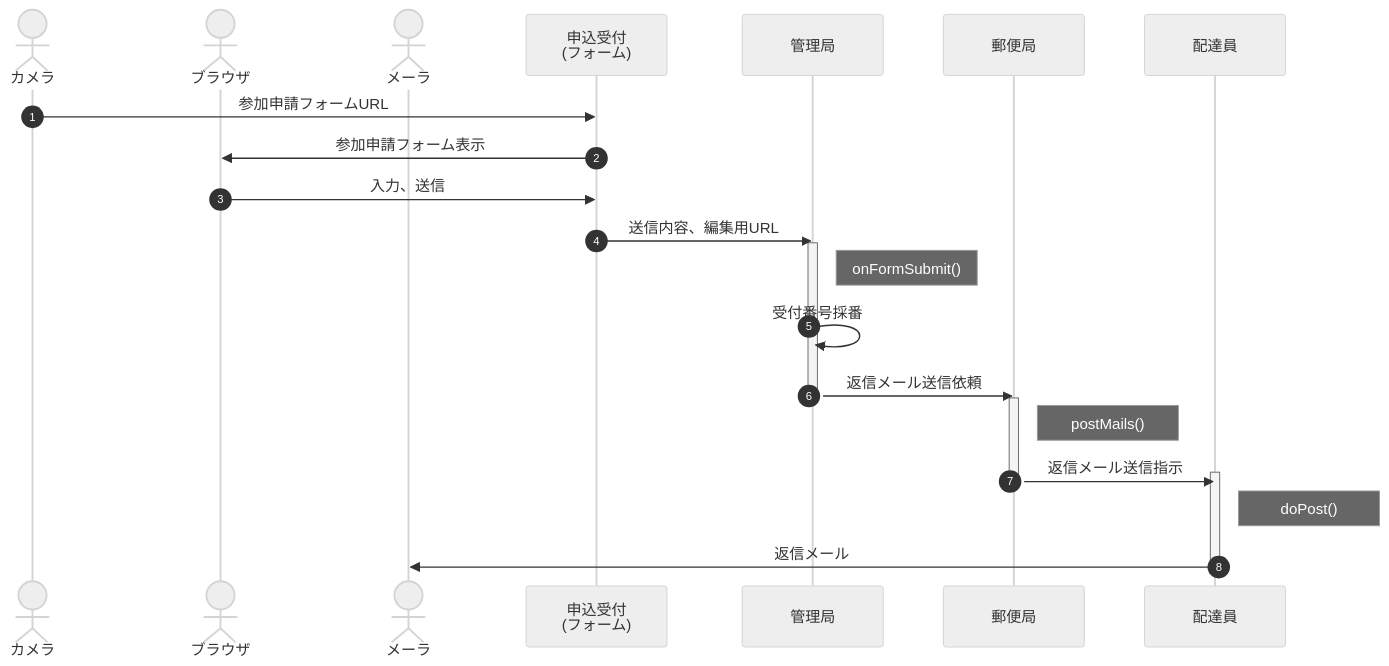
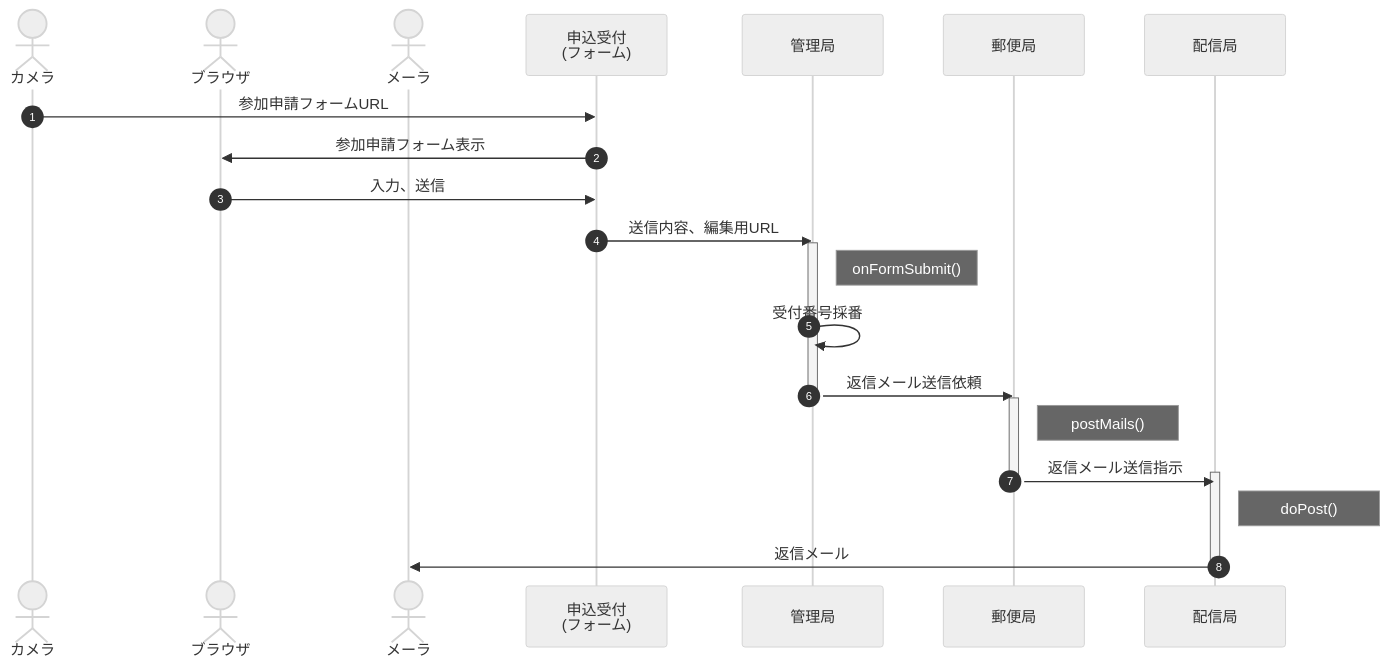
The second of 5 diagrams in doc/server.md (nakaone/EventStaff), drawn with Mermaid (neutral theme) before and after one commit. The commit also changed other lines of this file and 7 other files, not shown here.

````diff
--- a/doc/server.md
+++ b/doc/server.md
@@ -66,31 +93,31 @@
 ```mermaid
 
 sequenceDiagram
   autonumber
   actor camera as カメラ
   actor browser as ブラウザ
   actor mail as メーラ
   participant form as 申込受付<br>(フォーム)
   participant master as 管理局
   participant post as 郵便局
-  participant deli as 配達員
+  participant deli as 配信局
 
   camera ->> form : 参加申請フォームURL
   form ->> browser : 参加申請フォーム表示
   browser ->> form : 入力、送信
   form ->> master : 送信内容、編集用URL
   activate master
   Note right of master : onFormSubmit()
   master ->> master : 受付番号採番
   master ->> post : 返信メール送信依頼
   deactivate master
   activate post
   Note right of post : postMails()
   post ->> deli : 返信メール送信指示
   activate deli
   deactivate post
   Note right of deli : doPost()
   deli ->> mail : 返信メール
   deactivate deli
 
 ```
````
